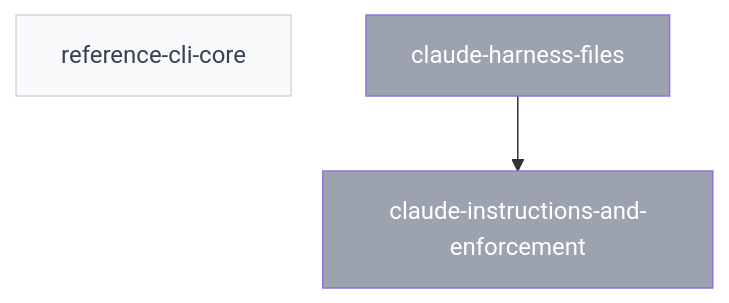
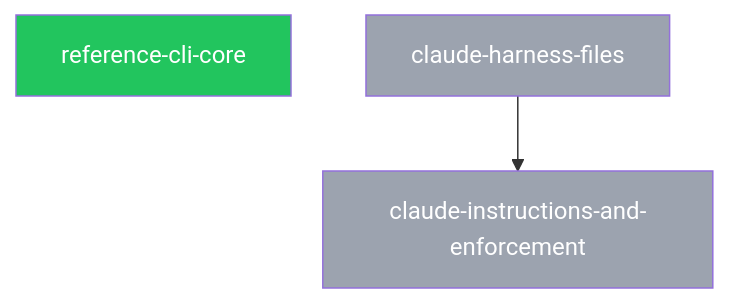
Before and after one commit to SpiralSky/specplane: the diagram in plans/PLANS.md, drawn with Mermaid. The commit also changed other lines of this file and 1 other file, not shown here.

Commit message:
chore(plans): mark reference-cli-core ready
- Set 2026-10-28-reference-cli-core status to ready (user-authorized auto-approval)
- Regenerate PLANS.md row by hand (CLI not built yet)

````diff
--- a/plans/PLANS.md
+++ b/plans/PLANS.md
@@ -20,14 +20,14 @@
 ```mermaid
 graph TD
-    p_2026_10_28_reference_cli_core[reference-cli-core]:::draft
+    p_2026_10_28_reference_cli_core[reference-cli-core]:::ready
     p_2026_10_29_claude_harness_files[claude-harness-files]:::done
     p_2026_10_29_claude_instructions_and_enforcement[claude-instructions-and-enforcement]:::done
     p_2026_10_29_claude_harness_files --> p_2026_10_29_claude_instructions_and_enforcement
     classDef draft fill:#f9fafb,color:#374151,stroke:#d1d5db
     classDef ready fill:#22c55e,color:#fff
     classDef blocked fill:#ef4444,color:#fff
     classDef in_progress fill:#3b82f6,color:#fff
     classDef review fill:#60a5fa,color:#fff
     classDef done fill:#9ca3af,color:#fff
     classDef abandoned fill:#9ca3af,color:#fff,text-decoration:line-through
 ```
````
